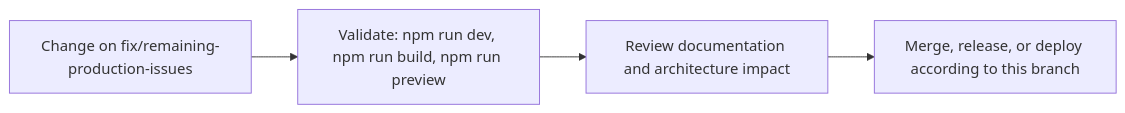
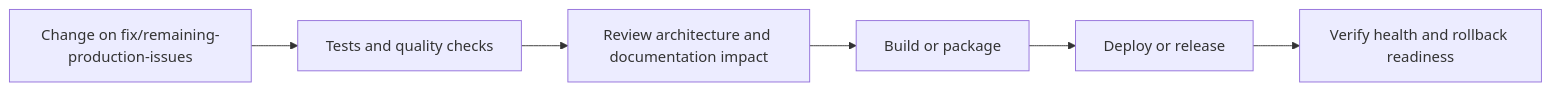
The fifth of 6 diagrams in README.md (Nischhalsubba/nischhalsubba.com.np), drawn with Mermaid before and after one commit. The commit also changed other lines of this file, not shown here.

````diff
--- a/README.md
+++ b/README.md
@@ -85,8 +180,8 @@
 ```mermaid
 flowchart LR
-    CHANGE["Change on fix/remaining-production-issues"]
-    CHECK["Validate: npm run dev, npm run build, npm run preview"]
-    REVIEW["Review documentation and architecture impact"]
-    RELEASE["Merge, release, or deploy according to this branch"]
-    CHANGE --> CHECK --> REVIEW --> RELEASE
+    CHANGE["Change on fix/remaining-production-issues"] --> CHECK["Tests and quality checks"]
+    CHECK --> REVIEW["Review architecture and documentation impact"]
+    REVIEW --> BUILD["Build or package"]
+    BUILD --> DEPLOY["Deploy or release"]
+    DEPLOY --> VERIFY["Verify health and rollback readiness"]
 ```
````
